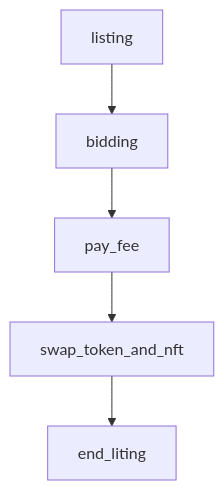
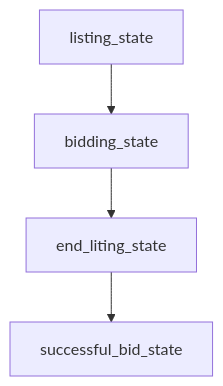
The first of 9 diagrams in docs/architecture/adr-nft-market/03_listing_state.md (UnUniFi/chain), drawn with Mermaid before and after one commit. The commit also changed other lines of this file and 1 other file, not shown here.

Commit message:
feat: update flow for v2

````diff
--- a/docs/architecture/adr-nft-market/03_listing_state.md
+++ b/docs/architecture/adr-nft-market/03_listing_state.md
@@ -7,7 +7,6 @@
 ```mermaid
 flowchart TD
-    listing --> bidding
-    bidding --> pay_fee
-    pay_fee --> swap_token_and_nft
-    swap_token_and_nft --> end_liting
+    listing_state --> bidding_state
+    bidding_state --> end_liting_state
+    end_liting_state --> successful_bid_state
 ```
````
